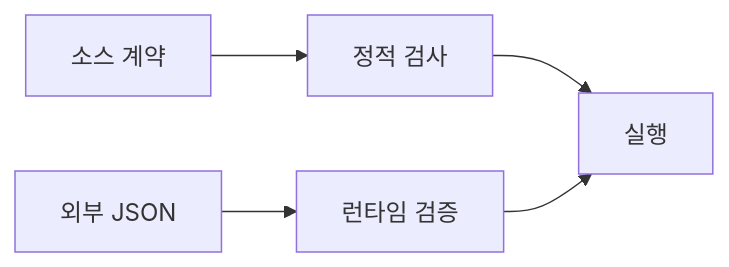
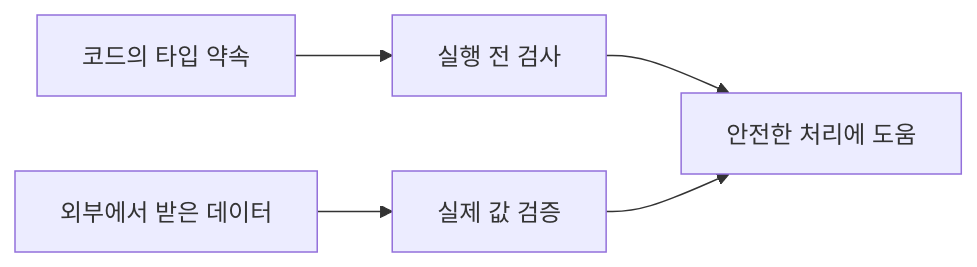
The diagram in content/topics/type-systems.md (moocongpapa/it-study), drawn with Mermaid before and after one commit. The commit also changed other lines of this file and 71 other files, not shown here.

````diff
--- a/content/topics/type-systems.md
+++ b/content/topics/type-systems.md
@@ -6,5 +20,7 @@
 ```mermaid
 flowchart LR
-  A["소스 계약"] --> B["정적 검사"] --> C["실행"]
-  D["외부 JSON"] --> E["런타임 검증"] --> C
+ A["코드의 타입 약속"] --> B["실행 전 검사"]
+ C["외부에서 받은 데이터"] --> D["실제 값 검증"]
+ B --> E["안전한 처리에 도움"]
+ D --> E
 ```
````
